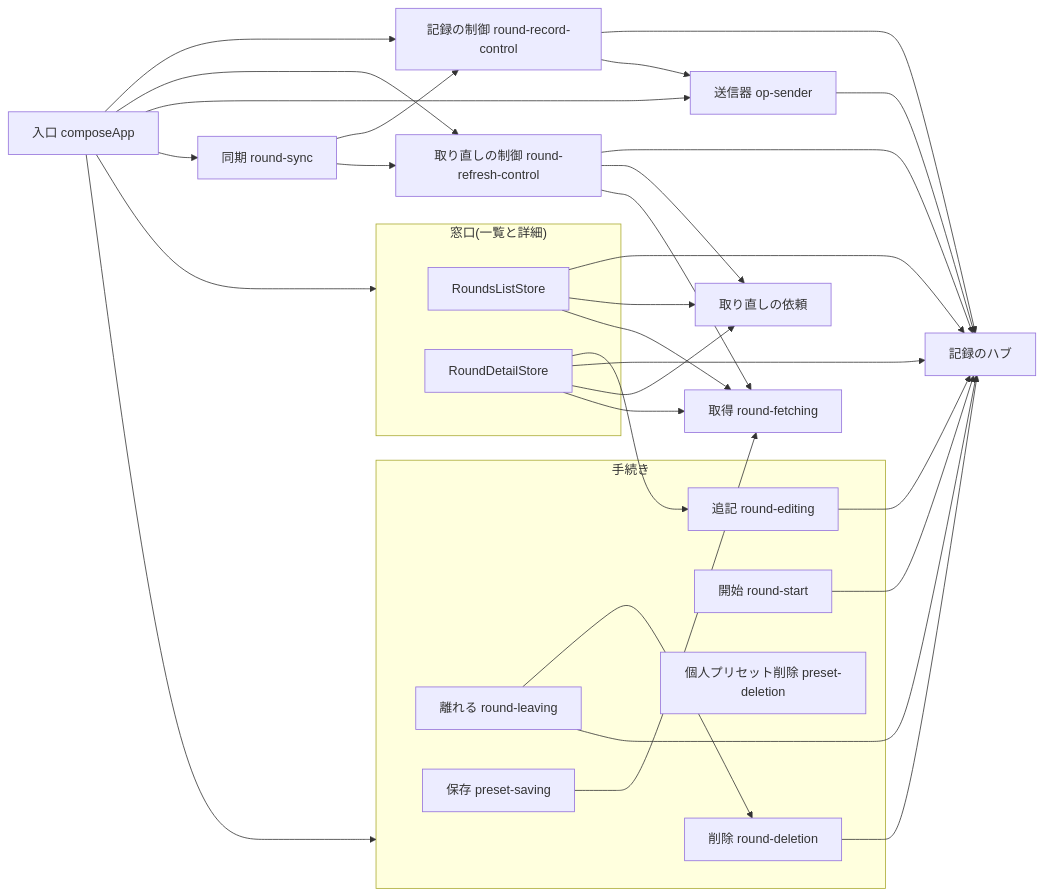
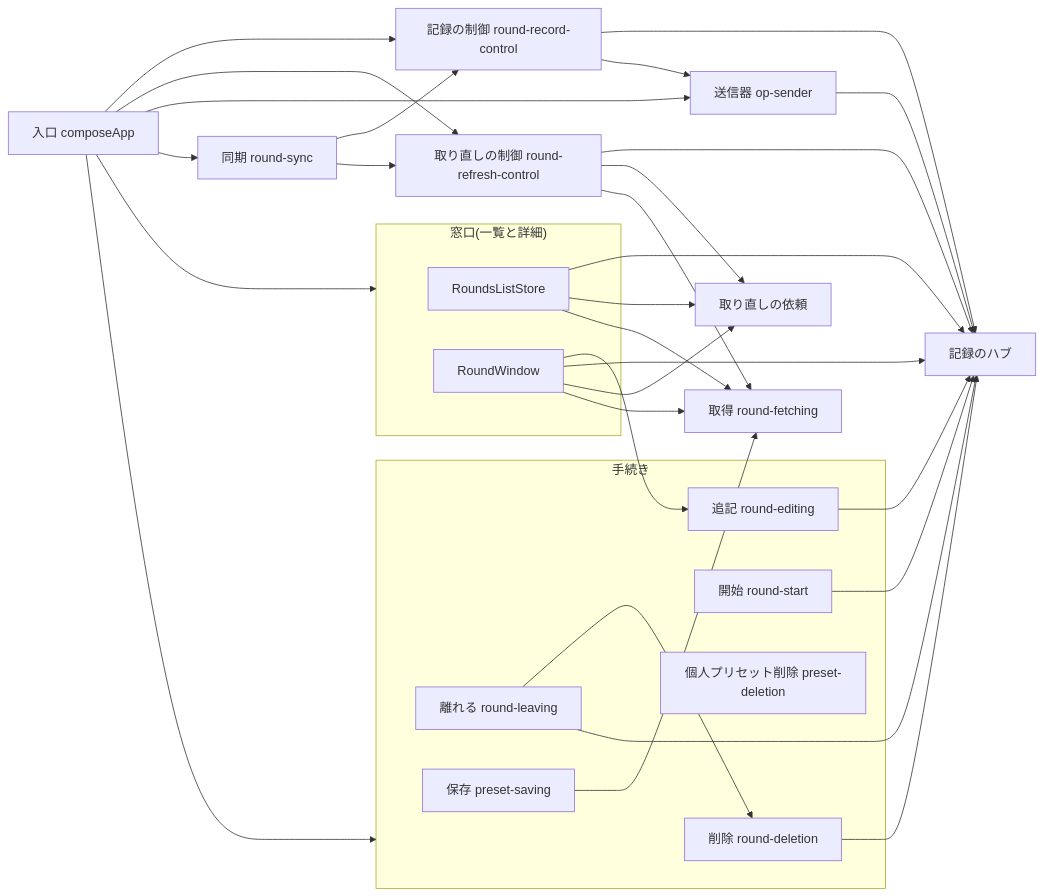
Before and after one commit to yukiyamasaki6/aims: the diagram in docs/features/rounds/design.md, drawn with Mermaid. The commit also changed other lines of this file and 44 other files, not shown here.

````diff
--- a/docs/features/rounds/design.md
+++ b/docs/features/rounds/design.md
@@ -14,50 +14,50 @@
 ```mermaid
 flowchart LR
   compose["入口 composeApp"]
   subgraph stores["窓口(一覧と詳細)"]
     list["RoundsListStore"]
-    detail["RoundDetailStore"]
+    detail["RoundWindow"]
   end
   subgraph procedures["手続き"]
     deletion["削除 round-deletion"]
     leaving["離れる round-leaving"]
     start["開始 round-start"]
     presetDeletion["個人プリセット削除 preset-deletion"]
     presetSaving["保存 preset-saving"]
     editing["追記 round-editing"]
   end
   hub["記録のハブ"]
   requests["取り直しの依頼"]
   fetching["取得 round-fetching"]
   control["記録の制御 round-record-control"]
   refreshControl["取り直しの制御 round-refresh-control"]
   sender["送信器 op-sender"]
   sync["同期 round-sync"]
   compose --> stores
   compose --> procedures
   compose --> control
   compose --> refreshControl
   compose --> sender
   compose --> sync
   list --> hub
   list --> requests
   list --> fetching
   detail --> editing
   detail --> hub
   detail --> requests
   detail --> fetching
   leaving --> deletion
   leaving --> hub
   deletion --> hub
   start --> hub
   editing --> hub
   presetSaving --> fetching
   control --> hub
   control --> sender
   sender --> hub
   refreshControl --> hub
   refreshControl --> requests
   refreshControl --> fetching
   sync --> control
   sync --> refreshControl
 ```
````
